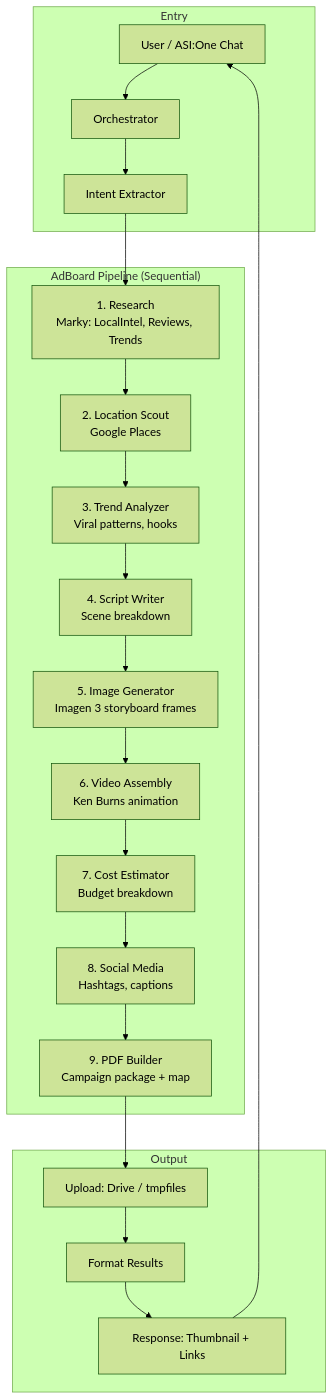
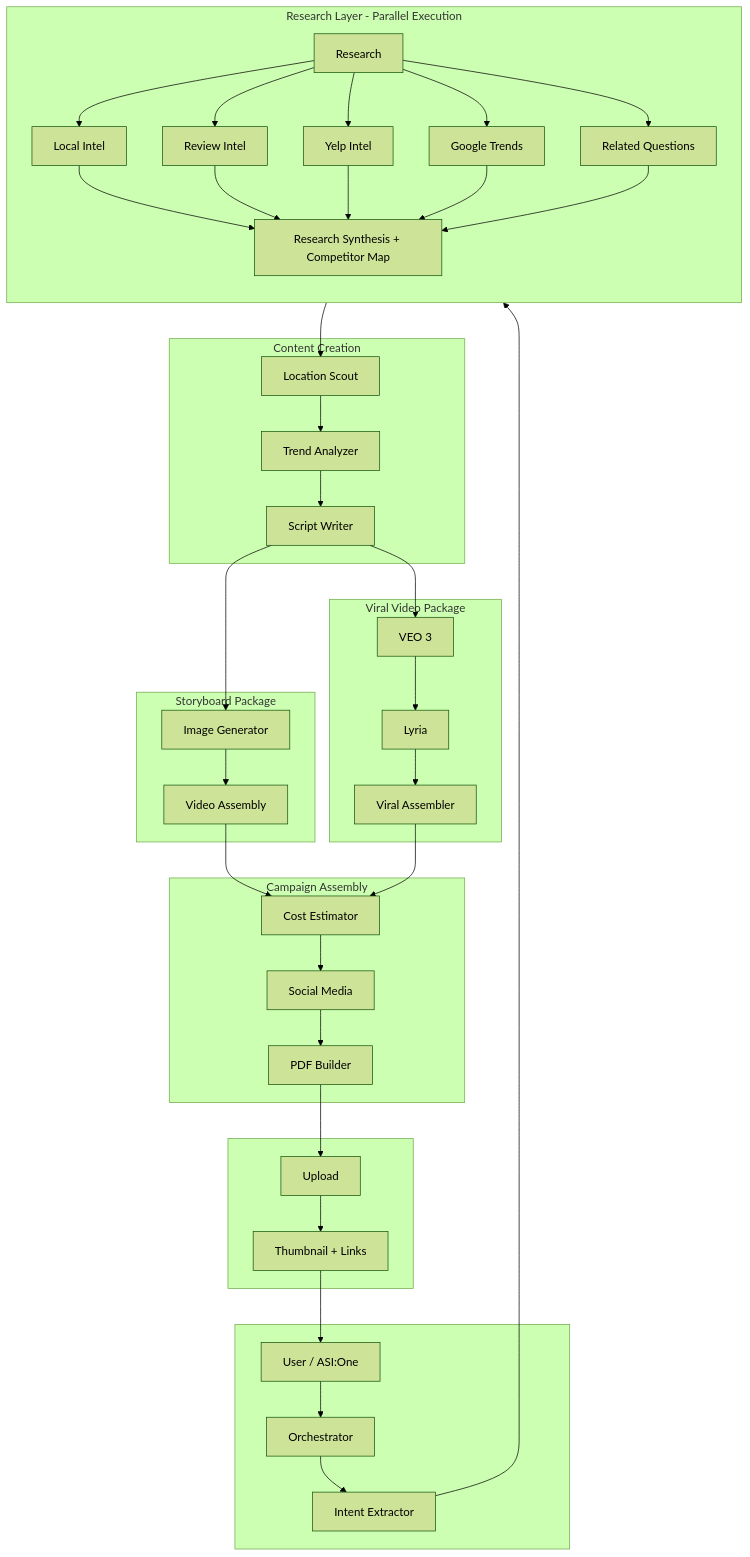
One commit to BABTUNA/marky changed the diagram in docs/AGENT_FLOWCHART.md. Above: the diagram before and after it, drawn with Mermaid (forest theme). The commit also changed other lines of this file and 38 other files, not shown here.

````diff
--- a/docs/AGENT_FLOWCHART.md
+++ b/docs/AGENT_FLOWCHART.md
@@ -11,42 +11,71 @@
 ```mermaid
 flowchart TB
-    subgraph Entry
-        A[User / ASI:One Chat]
+    subgraph Entry[" "]
+        A[User / ASI:One]
         B[Orchestrator]
         C[Intent Extractor]
     end
 
-    subgraph Pipeline["AdBoard Pipeline (Sequential)"]
-        R[1. Research<br/>Marky: LocalIntel, Reviews, Trends]
-        L[2. Location Scout<br/>Google Places]
-        T[3. Trend Analyzer<br/>Viral patterns, hooks]
-        S[4. Script Writer<br/>Scene breakdown]
-        I[5. Image Generator<br/>Imagen 3 storyboard frames]
-        V[6. Video Assembly<br/>Ken Burns animation]
-        C2[7. Cost Estimator<br/>Budget breakdown]
-        SM[8. Social Media<br/>Hashtags, captions]
-        P[9. PDF Builder<br/>Campaign package + map]
+    subgraph Research["Research Layer - Parallel Execution"]
+        direction TB
+        RSTART[Research]
+        RSTART --> LI[Local Intel]
+        RSTART --> RI[Review Intel]
+        RSTART --> YI[Yelp Intel]
+        RSTART --> GI[Google Trends]
+        RSTART --> RQ[Related Questions]
+        LI --> RSYNTH
+        RI --> RSYNTH
+        YI --> RSYNTH
+        GI --> RSYNTH
+        RQ --> RSYNTH
+        RSYNTH[Research Synthesis + Competitor Map]
     end
 
-    subgraph Output
-        U[Upload: Drive / tmpfiles]
-        F[Format Results]
-        RES[Response: Thumbnail + Links]
+    subgraph Content["Content Creation"]
+        L[Location Scout]
+        T[Trend Analyzer]
+        S[Script Writer]
+    end
+
+    subgraph Storyboard["Storyboard Package"]
+        I[Image Generator]
+        VA[Video Assembly]
+    end
+
+    subgraph ViralPkg["Viral Video Package"]
+        VEO[VEO 3]
+        LYR[Lyria]
+        VIRAL_ASM[Viral Assembler]
+    end
+
+    subgraph Assembly["Campaign Assembly"]
+        COST[Cost Estimator]
+        SOC[Social Media]
+        PDF[PDF Builder]
+    end
+
+    subgraph Output[" "]
+        U[Upload]
+        RES[Thumbnail + Links]
     end
 
     A --> B
     B --> C
-    C --> R
-    R --> L
+    C --> RSTART
+    RSYNTH --> L
     L --> T
     T --> S
     S --> I
-    I --> V
-    V --> C2
-    C2 --> SM
-    SM --> P
-    P --> U
-    U --> F
-    F --> RES
+    S --> VEO
+    I --> VA
+    VEO --> LYR
+    LYR --> VIRAL_ASM
+    VA --> COST
+    VIRAL_ASM --> COST
+    COST --> SOC
+    SOC --> PDF
+    PDF --> U
+    U --> RES
     RES --> A
 ```
````
